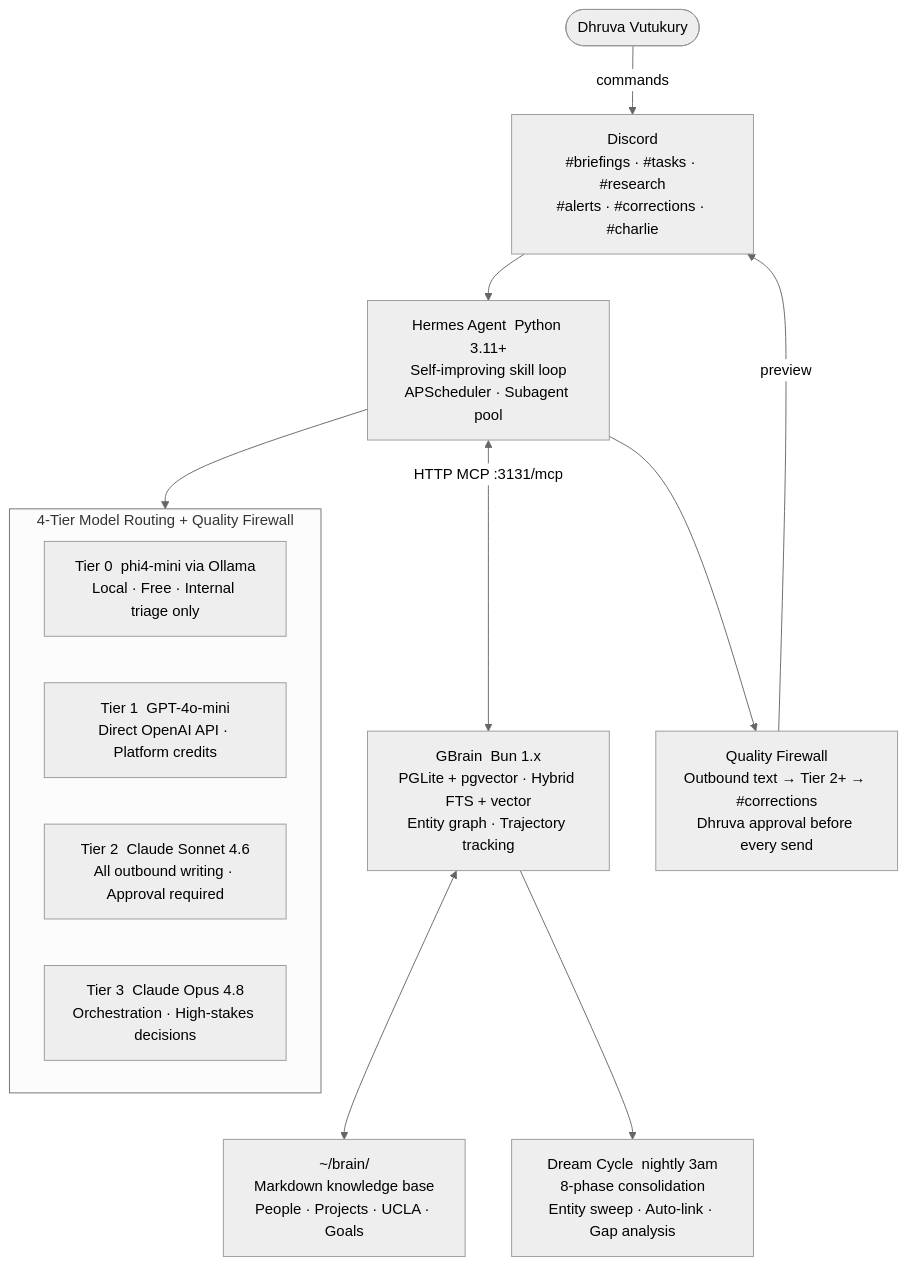
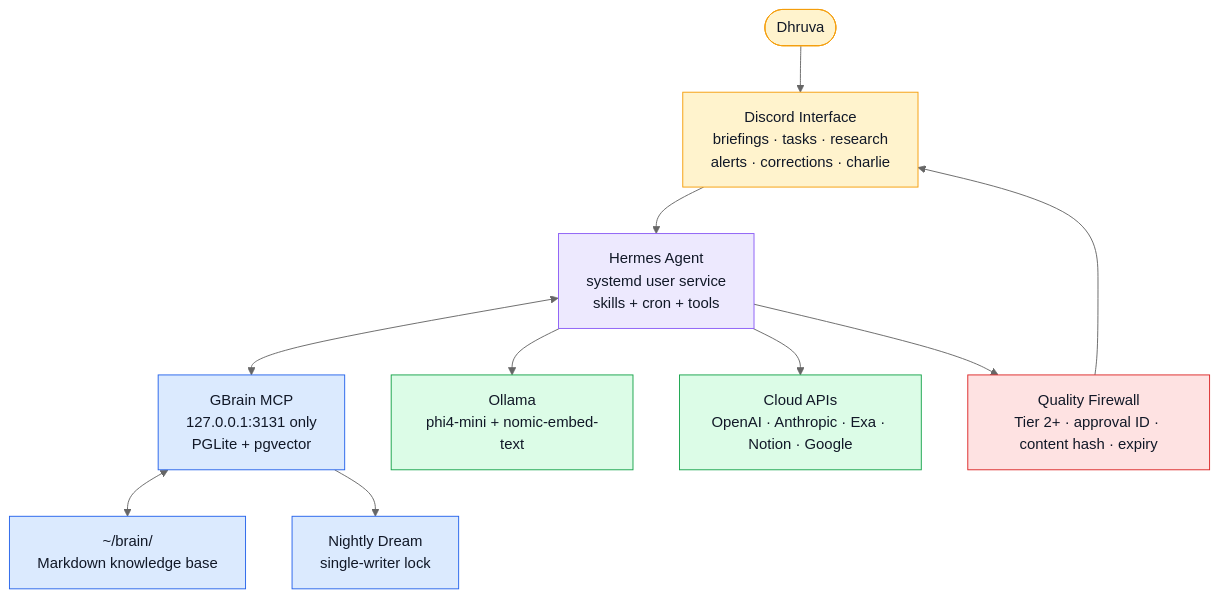
The diagram in README.md (Dhruva966/DhruvaOS-Mark2), drawn with Mermaid (neutral theme) before and after one commit. The commit also changed other lines of this file and 39 other files, not shown here.

````diff
--- a/README.md
+++ b/README.md
@@ -52,32 +49,34 @@
 ```mermaid
 flowchart TD
-    Dhruva(["Dhruva Vutukury"])
+    Dhruva(["Dhruva"])
+    Discord["Discord Interface<br/>briefings · tasks · research<br/>alerts · corrections · charlie"]
+    Hermes["Hermes Agent<br/>systemd user service<br/>skills + cron + tools"]
+    GBrain["GBrain MCP<br/>127.0.0.1:3131 only<br/>PGLite + pgvector"]
+    Brain["~/brain/<br/>Markdown knowledge base"]
+    Ollama["Ollama<br/>phi4-mini + nomic-embed-text"]
+    Cloud["Cloud APIs<br/>OpenAI · Anthropic · Exa · Notion · Google"]
+    Firewall["Quality Firewall<br/>Tier 2+ · approval ID · content hash · expiry"]
+    Dream["Nightly Dream<br/>single-writer lock"]
 
-    Discord["Discord\n#briefings · #tasks · #research\n#alerts · #corrections · #charlie"]
+    Dhruva --> Discord
+    Discord --> Hermes
+    Hermes <--> GBrain
+    GBrain <--> Brain
+    Hermes --> Ollama
+    Hermes --> Cloud
+    Hermes --> Firewall
+    Firewall --> Discord
+    GBrain --> Dream
 
-    Hermes["Hermes Agent  Python 3.11+\nSelf-improving skill loop\nAPScheduler · Subagent pool"]
+    classDef human fill:#fff3cd,stroke:#f59e0b,color:#111827;
+    classDef runtime fill:#ede9fe,stroke:#8b5cf6,color:#111827;
+    classDef memory fill:#dbeafe,stroke:#2563eb,color:#111827;
+    classDef safety fill:#fee2e2,stroke:#dc2626,color:#111827;
+    classDef cloud fill:#dcfce7,stroke:#16a34a,color:#111827;
 
-    subgraph Routing ["4-Tier Model Routing + Quality Firewall"]
-        T0["Tier 0  phi4-mini via Ollama\nLocal · Free · Internal triage only"]
-        T1["Tier 1  GPT-4o-mini\nDirect OpenAI API · Platform credits"]
-        T2["Tier 2  Claude Sonnet 4.6\nAll outbound writing · Approval required"]
-        T3["Tier 3  Claude Opus 4.8\nOrchestration · High-stakes decisions"]
-    end
-
-    GBrain["GBrain  Bun 1.x\nPGLite + pgvector · Hybrid FTS + vector\nEntity graph · Trajectory tracking"]
-
-    Brain["~/brain/\nMarkdown knowledge base\nPeople · Projects · UCLA · Goals"]
-
-    Dream["Dream Cycle  nightly 3am\n8-phase consolidation\nEntity sweep · Auto-link · Gap analysis"]
-
-    Firewall["Quality Firewall\nOutbound text → Tier 2+ → #corrections\nDhruva approval before every send"]
-
-    Dhruva -->|"commands"| Discord
-    Discord --> Hermes
-    Hermes <-->|"HTTP MCP  :3131/mcp"| GBrain
-    GBrain <--> Brain
-    GBrain --> Dream
-    Hermes --> Routing
-    Hermes --> Firewall
-    Firewall -->|"preview"| Discord
+    class Dhruva,Discord human;
+    class Hermes runtime;
+    class GBrain,Brain,Dream memory;
+    class Firewall safety;
+    class Ollama,Cloud cloud;
 ```
````
